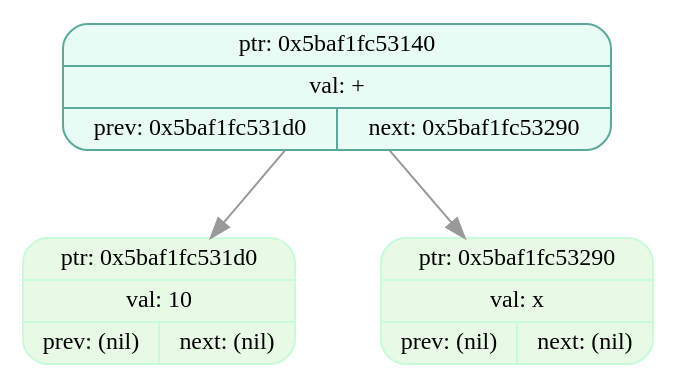
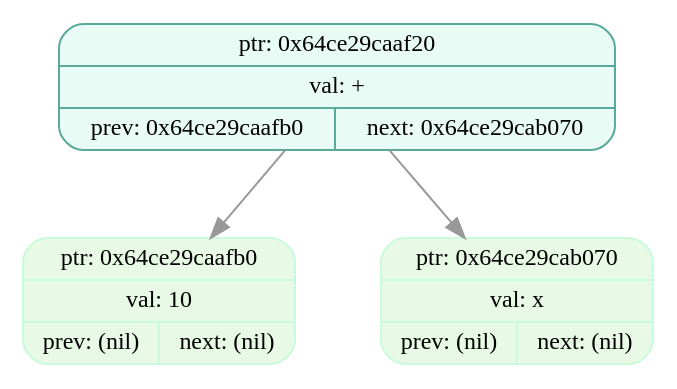
Before and after one commit to EvilTomato9890/Difference: the diagram in dumps/tree_dump_003.dot, drawn with Graphviz. The commit also changed 44 other files, not shown here.

```diff
--- a/dumps/tree_dump_003.dot
+++ b/dumps/tree_dump_003.dot
@@ -1,9 +1,9 @@
 digraph T{
   node [fontname="Fira Mono",shape=record,style="filled,rounded",fontsize=12];
   graph [splines=true, nodesep=0.6, ranksep=0.6];
-  node_0x5baf1fc53140[shape=record,label="{ {ptr: 0x5baf1fc53140} | {val: +} | { prev: 0x5baf1fc531d0 | next: 0x5baf1fc53290 } }",color="#5aa99b",fillcolor="#e9fbf5"];
-  node_0x5baf1fc531d0[shape=record,label="{ {ptr: 0x5baf1fc531d0} | {val: 10} | { prev: (nil) | next: (nil) } }",color="#c9fbdbff",fillcolor="#e8f9e5ff"];
-  node_0x5baf1fc53290[shape=record,label="{ {ptr: 0x5baf1fc53290} | {val: x} | { prev: (nil) | next: (nil) } }",color="#c9fbdbff",fillcolor="#e8f9e5ff"];
-  node_0x5baf1fc53140 -> node_0x5baf1fc531d0 [color="#999999"];
-  node_0x5baf1fc53140 -> node_0x5baf1fc53290 [color="#999999"];
+  node_0x64ce29caaf20[shape=record,label="{ {ptr: 0x64ce29caaf20} | {val: +} | { prev: 0x64ce29caafb0 | next: 0x64ce29cab070 } }",color="#5aa99b",fillcolor="#e9fbf5"];
+  node_0x64ce29caafb0[shape=record,label="{ {ptr: 0x64ce29caafb0} | {val: 10} | { prev: (nil) | next: (nil) } }",color="#c9fbdbff",fillcolor="#e8f9e5ff"];
+  node_0x64ce29cab070[shape=record,label="{ {ptr: 0x64ce29cab070} | {val: x} | { prev: (nil) | next: (nil) } }",color="#c9fbdbff",fillcolor="#e8f9e5ff"];
+  node_0x64ce29caaf20 -> node_0x64ce29caafb0 [color="#999999"];
+  node_0x64ce29caaf20 -> node_0x64ce29cab070 [color="#999999"];
 }
```
